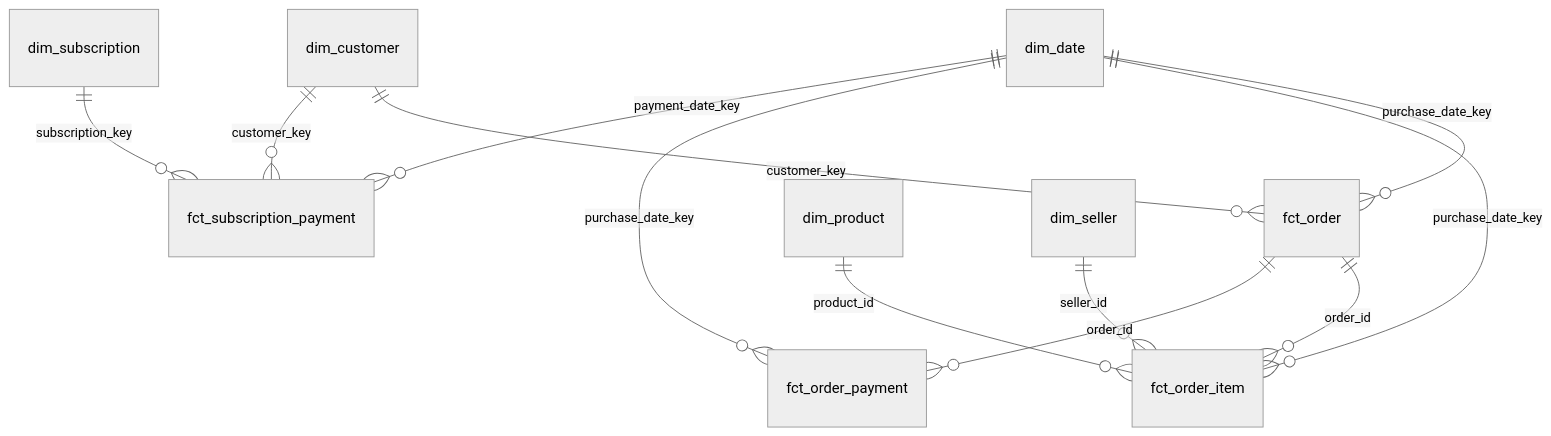
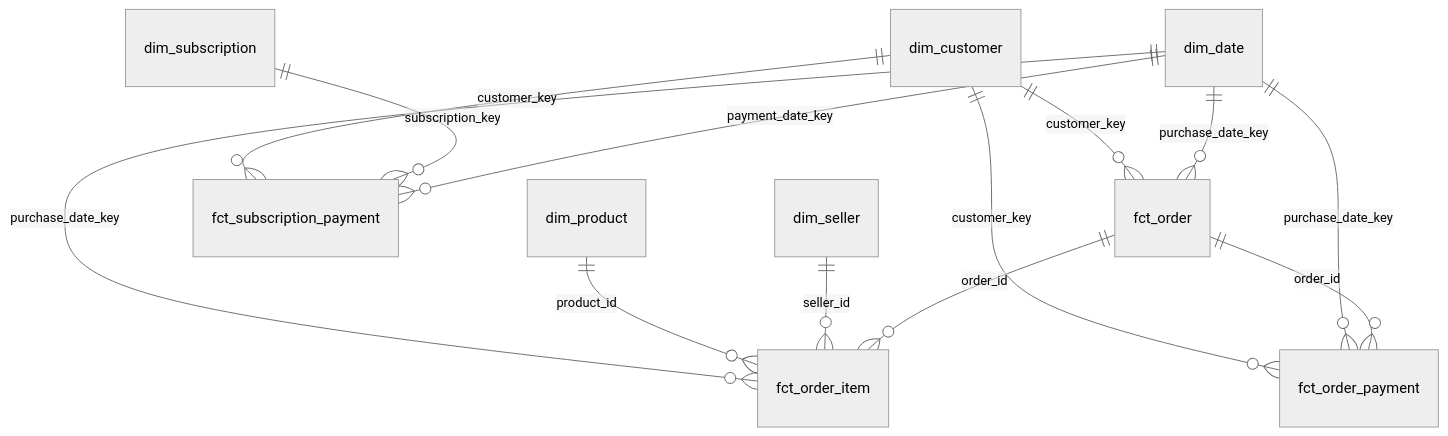
Before and after one commit to khangte/commerce-data-platform: the second of 2 diagrams in README.md, drawn with Mermaid (neutral theme). The commit also changed other lines of this file, not shown here.

Commit message:
docs(readme): add customer_key to fct_order_payment

````diff
--- a/README.md
+++ b/README.md
@@ -151,14 +151,15 @@
 ```mermaid
 erDiagram
     dim_customer ||--o{ fct_order : customer_key
     dim_customer ||--o{ fct_subscription_payment : customer_key
     dim_subscription ||--o{ fct_subscription_payment : subscription_key
     dim_date ||--o{ fct_order : purchase_date_key
     dim_date ||--o{ fct_order_item : purchase_date_key
+    dim_customer ||--o{ fct_order_payment : customer_key
     dim_date ||--o{ fct_order_payment : purchase_date_key
     dim_date ||--o{ fct_subscription_payment : payment_date_key
     dim_product ||--o{ fct_order_item : product_id
     dim_seller ||--o{ fct_order_item : seller_id
     fct_order ||--o{ fct_order_item : order_id
     fct_order ||--o{ fct_order_payment : order_id
 ```
````
